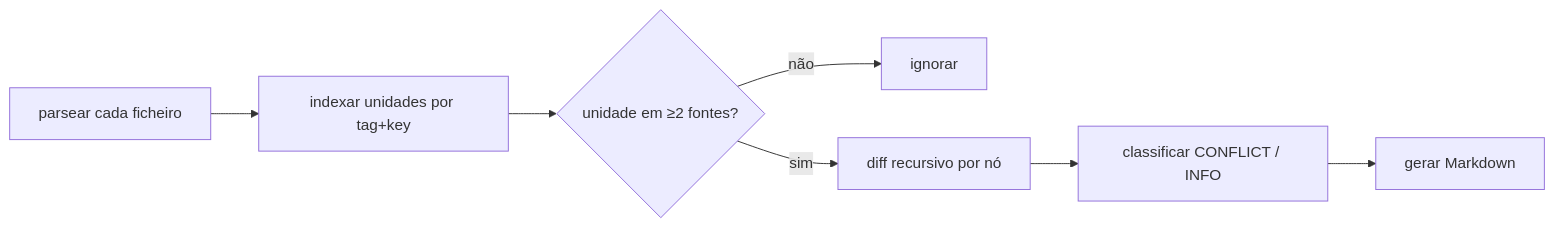
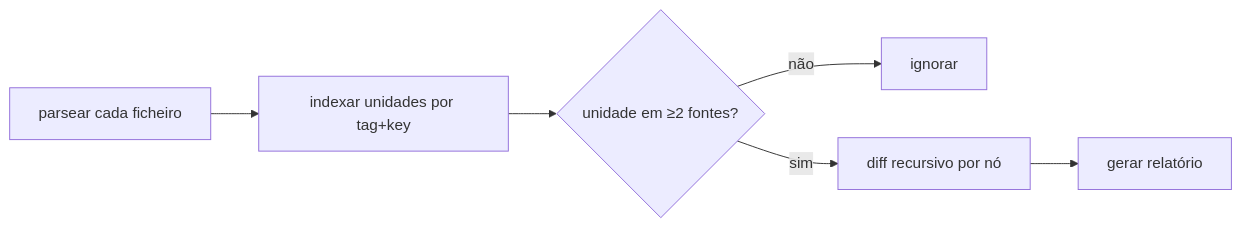
The diagram in docs/guide/how-it-works.pt.md (bilouro/xmldiffreport), drawn with Mermaid before and after one commit. The commit also changed other lines of this file and 36 other files, not shown here.

````diff
--- a/docs/guide/how-it-works.pt.md
+++ b/docs/guide/how-it-works.pt.md
@@ -15,9 +15,8 @@
 ```mermaid
 flowchart LR
   A[parsear cada ficheiro] --> B[indexar unidades por tag+key]
   B --> C{unidade em ≥2 fontes?}
   C -- não --> X[ignorar]
   C -- sim --> D[diff recursivo por nó]
-  D --> E[classificar CONFLICT / INFO]
-  E --> F[gerar Markdown]
+  D --> F[gerar relatório]
 ```
````
